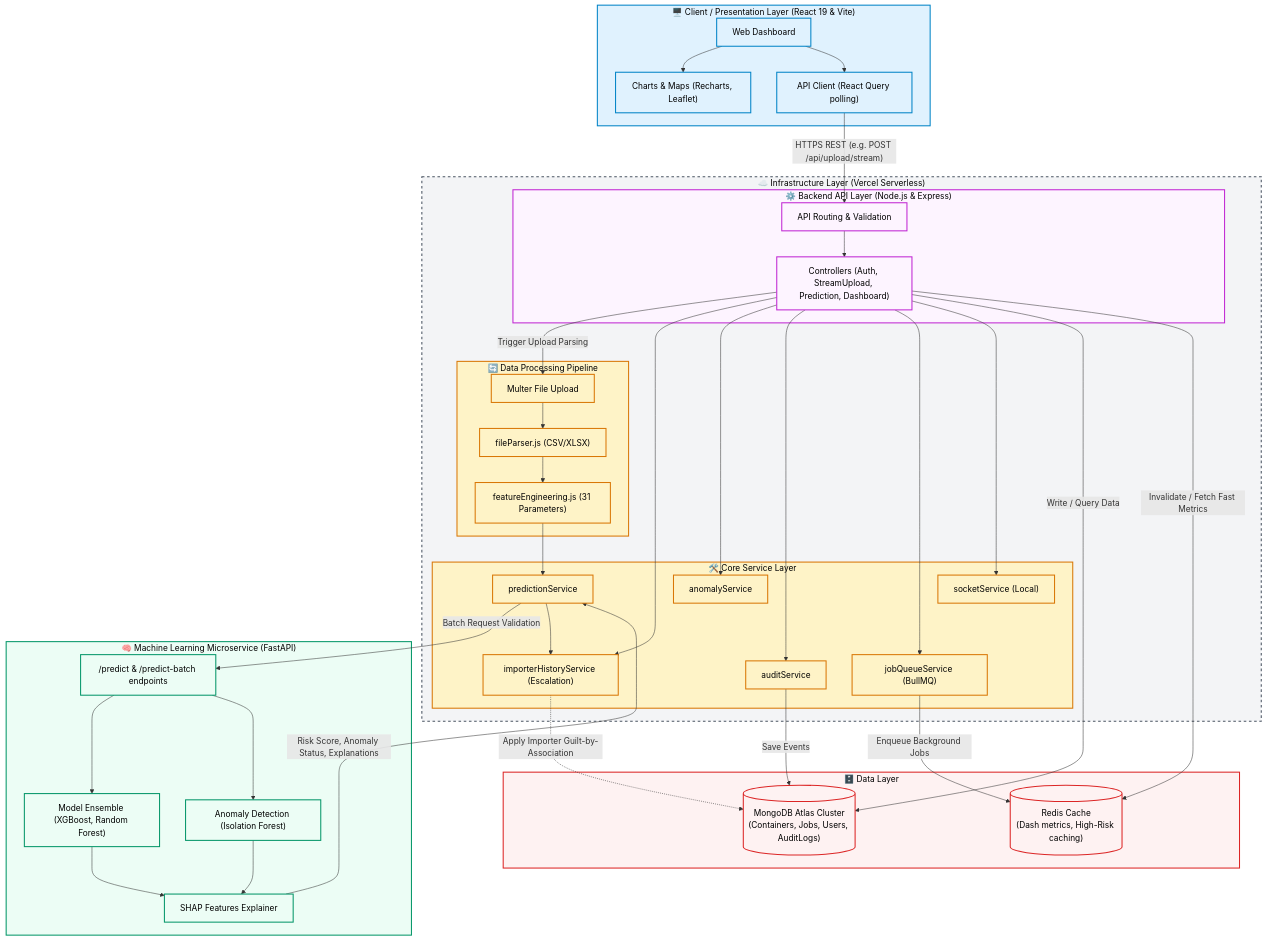
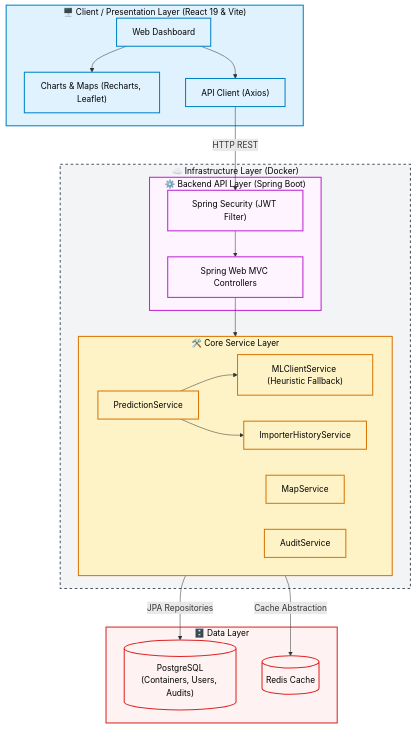
The diagram in README.md (Priyansh-Patel31/SmartContainer-Customs-Risk-Prediction-System), drawn with Mermaid before and after one commit. The commit also changed other lines of this file, not shown here.

Commit message:
docs: Update README.md for Spring Boot architecture

````diff
--- a/README.md
+++ b/README.md
@@ -513,7 +244,6 @@
     classDef client fill:#e0f2fe,stroke:#0284c7,stroke-width:2px,color:#000
     classDef backend fill:#fdf4ff,stroke:#c026d3,stroke-width:2px,color:#000
     classDef service fill:#fef3c7,stroke:#d97706,stroke-width:2px,color:#000
-    classDef ml fill:#ecfdf5,stroke:#059669,stroke-width:2px,color:#000
     classDef db fill:#fef2f2,stroke:#dc2626,stroke-width:2px,color:#000
     classDef infra fill:#f3f4f6,stroke:#4b5563,stroke-width:2px,color:#000,stroke-dasharray: 5 5
     
@@ -521,88 +251,54 @@
     subgraph ClientLayer ["🖥️ Client / Presentation Layer (React 19 & Vite)"]
         UI["Web Dashboard"]
         Charts["Charts & Maps (Recharts, Leaflet)"]
-        ReactQuery["API Client (React Query polling)"]
+        ReactQuery["API Client (Axios)"]
     end
     
     %% Layer 2: Deployed Infrastructure
-    subgraph Vercel ["☁️ Infrastructure Layer (Vercel Serverless)"]
+    subgraph SpringContainer ["☁️ Infrastructure Layer (Docker)"]
         
         %% API Layer
-        subgraph BackendLayer ["⚙️ Backend API Layer (Node.js & Express)"]
-            Router["API Routing & Validation"]
-            Controllers["Controllers (Auth, StreamUpload, Prediction, Dashboard)"]
+        subgraph BackendLayer ["⚙️ Backend API Layer (Spring Boot)"]
+            Router["Spring Web MVC Controllers"]
+            Security["Spring Security (JWT Filter)"]
         end
         
-        %% Data Processing
-        subgraph Pipeline ["🔄 Data Processing Pipeline"]
-            Multer["Multer File Upload"]
-            Parser["fileParser.js (CSV/XLSX)"]
-            FeatEng["featureEngineering.js (31 Parameters)"]
-        end
-
         %% Service Layer
         subgraph ServiceLayer ["🛠️ Core Service Layer"]
-            PredictionSvc["predictionService"]
-            HistorySvc["importerHistoryService (Escalation)"]
-            AnomalySvc["anomalyService"]
-            AuditSvc["auditService"]
-            JobQueue["jobQueueService (BullMQ)"]
-            SocketSvc["socketService (Local)"]
+            PredictionSvc["PredictionService"]
+            HistorySvc["ImporterHistoryService"]
+            MapSvc["MapService"]
+            AuditSvc["AuditService"]
+            MLClientSvc["MLClientService (Heuristic Fallback)"]
         end
     end
-
-    %% Layer 3: Machine Learning
-    subgraph MLMicroservice ["🧠 Machine Learning Microservice (FastAPI)"]
-        MLEndpoints["/predict & /predict-batch endpoints"]
-        Ensemble["Model Ensemble (XGBoost, Random Forest)"]
-        IsoForest["Anomaly Detection (Isolation Forest)"]
-        SHAP["SHAP Features Explainer"]
-    end
     
-    %% Layer 4: Data persistence
+    %% Layer 3: Data persistence
     subgraph DataLayer ["🗄️ Data Layer"]
-        MongoDB[("MongoDB Atlas Cluster<br/>(Containers, Jobs, Users, AuditLogs)")]
-        Redis[("Redis Cache<br/>(Dash metrics, High-Risk caching)")]
+        Postgres[("PostgreSQL<br/>(Containers, Users, Audits)")]
+        Redis[("Redis Cache")]
     end
     
     %% Core Relationships & Flow Architecture
     UI --> Charts
     UI --> ReactQuery
-    ReactQuery -- "HTTPS REST (e.g. POST /api/upload/stream)" --> Router
+    ReactQuery -- "HTTP REST" --> Security
     
-    Router --> Controllers
+    Security --> Router
+    Router --> ServiceLayer
     
-    %% Upload Pipeline
-    Controllers -- "Trigger Upload Parsing" --> Multer
-    Multer --> Parser
-    Parser --> FeatEng
-    FeatEng --> PredictionSvc
-    
-    %% Controller to Services Mapping
-    Controllers --> HistorySvc & AnomalySvc & AuditSvc & JobQueue & SocketSvc
-    
-    %% ML Integration Handshake
-    PredictionSvc -- "Batch Request Validation" --> MLEndpoints
-    MLEndpoints --> Ensemble & IsoForest
-    Ensemble & IsoForest --> SHAP
-    SHAP -- "Risk Score, Anomaly Status, Explanations" --> PredictionSvc
-    
-    %% Post-processing Rules
+    %% Service Interactions
+    PredictionSvc --> MLClientSvc
     PredictionSvc --> HistorySvc
-    HistorySvc -. "Apply Importer Guilt-by-Association" .-> MongoDB
     
     %% Database Mapping
-    Controllers -- "Write / Query Data" --> MongoDB
-    AuditSvc -- "Save Events" --> MongoDB
-    JobQueue -- "Enqueue Background Jobs" --> Redis
-    Controllers -- "Invalidate / Fetch Fast Metrics" --> Redis
+    ServiceLayer -- "JPA Repositories" --> Postgres
+    ServiceLayer -- "Cache Abstraction" --> Redis
     
     %% Apply Styles
     class ClientLayer,UI,Charts,ReactQuery client
-    class BackendLayer,Router,Controllers backend
-    class ServiceLayer,PredictionSvc,HistorySvc,AnomalySvc,AuditSvc,JobQueue,SocketSvc service
-    class MLMicroservice,Ensemble,IsoForest,SHAP,MLEndpoints ml
-    class DataLayer,MongoDB,Redis db
-    class Pipeline,Multer,Parser,FeatEng service
-    class Vercel infra
+    class BackendLayer,Router,Security backend
+    class ServiceLayer,PredictionSvc,HistorySvc,MapSvc,AuditSvc,MLClientSvc service
+    class DataLayer,Postgres,Redis db
+    class SpringContainer infra
 ```
````
